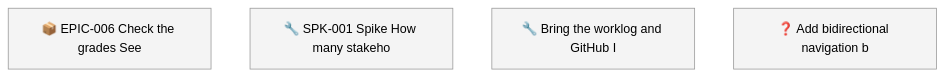
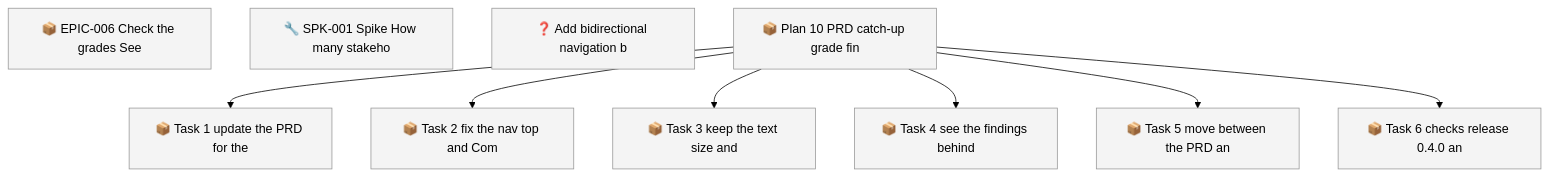
One commit to SpillwaveSolutions/prd-forge-viewer changed the first of 2 diagrams in docs/roadmap.md. Above: the diagram before and after it, drawn with Mermaid (forest theme). The commit also changed other lines of this file and 18 other files, not shown here.

First line of the commit message:
plan: capture plan 10, PRD catch-up, grade findings, backlog navigation, and release 0.4.0

````diff
--- a/docs/roadmap.md
+++ b/docs/roadmap.md
@@ -57,9 +70,21 @@
 ```mermaid
 graph TD
     01M61XNM7GHPSJ1B96BCHA59ZE["📦 EPIC-006 Check the grades See"]
     01M61XNM9NY7F4D4V7400J56X9["🔧 SPK-001 Spike How many stakeho"]
-    01M67N9KHR9BFVGGV7VCF908B6["🔧 Bring the worklog and GitHub I"]
     01M67NFZH5C1HWH4SBC22ZVXMS["❓ Add bidirectional navigation b"]
+    01M67NH4X4JGDJB233B670SJFF["📦 Plan 10 PRD catch-up grade fin"]
+    01M67NH4XPWE52APES54MYFEV2["📦 Task 1 update the PRD for the"]
+    01M67NH4XPWE52APES54MYFEV4["📦 Task 2 fix the nav top and Com"]
+    01M67NH4XPWE52APES54MYFEV6["📦 Task 3 keep the text size and"]
+    01M67NH4XPWE52APES54MYFEV8["📦 Task 4 see the findings behind"]
+    01M67NH4XPWE52APES54MYFEVA["📦 Task 5 move between the PRD an"]
+    01M67NH4XPWE52APES54MYFEVC["📦 Task 6 checks release 0.4.0 an"]
+    01M67NH4X4JGDJB233B670SJFF --> 01M67NH4XPWE52APES54MYFEV2
+    01M67NH4X4JGDJB233B670SJFF --> 01M67NH4XPWE52APES54MYFEV4
+    01M67NH4X4JGDJB233B670SJFF --> 01M67NH4XPWE52APES54MYFEV6
+    01M67NH4X4JGDJB233B670SJFF --> 01M67NH4XPWE52APES54MYFEV8
+    01M67NH4X4JGDJB233B670SJFF --> 01M67NH4XPWE52APES54MYFEVA
+    01M67NH4X4JGDJB233B670SJFF --> 01M67NH4XPWE52APES54MYFEVC
     classDef todo fill:#f4f4f4,stroke:#999999
-    class 01M61XNM7GHPSJ1B96BCHA59ZE,01M61XNM9NY7F4D4V7400J56X9,01M67N9KHR9BFVGGV7VCF908B6,01M67NFZH5C1HWH4SBC22ZVXMS todo
+    class 01M61XNM7GHPSJ1B96BCHA59ZE,01M61XNM9NY7F4D4V7400J56X9,01M67NFZH5C1HWH4SBC22ZVXMS,01M67NH4X4JGDJB233B670SJFF,01M67NH4XPWE52APES54MYFEV2,01M67NH4XPWE52APES54MYFEV4,01M67NH4XPWE52APES54MYFEV6,01M67NH4XPWE52APES54MYFEV8,01M67NH4XPWE52APES54MYFEVA,01M67NH4XPWE52APES54MYFEVC todo
 ```
````
